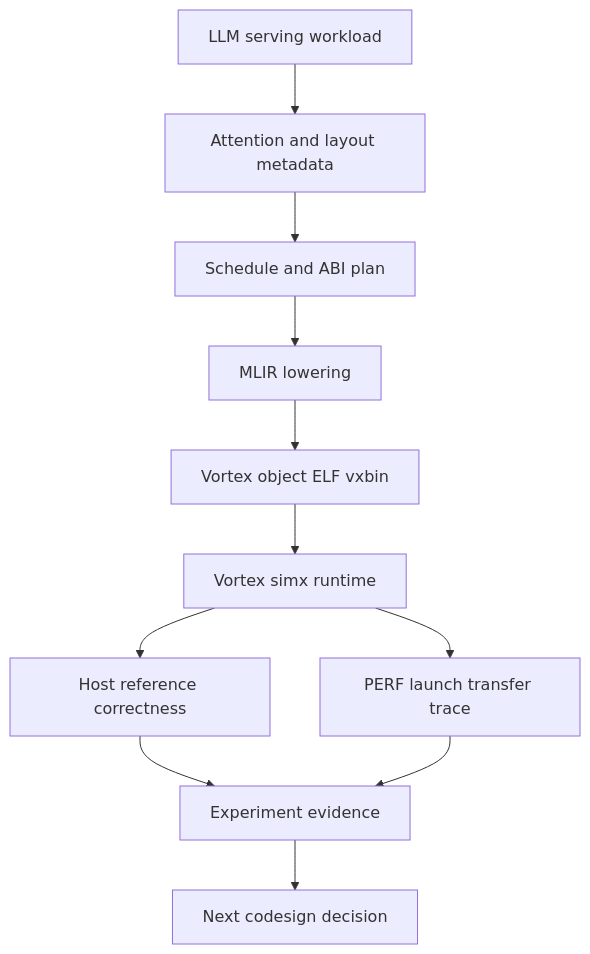
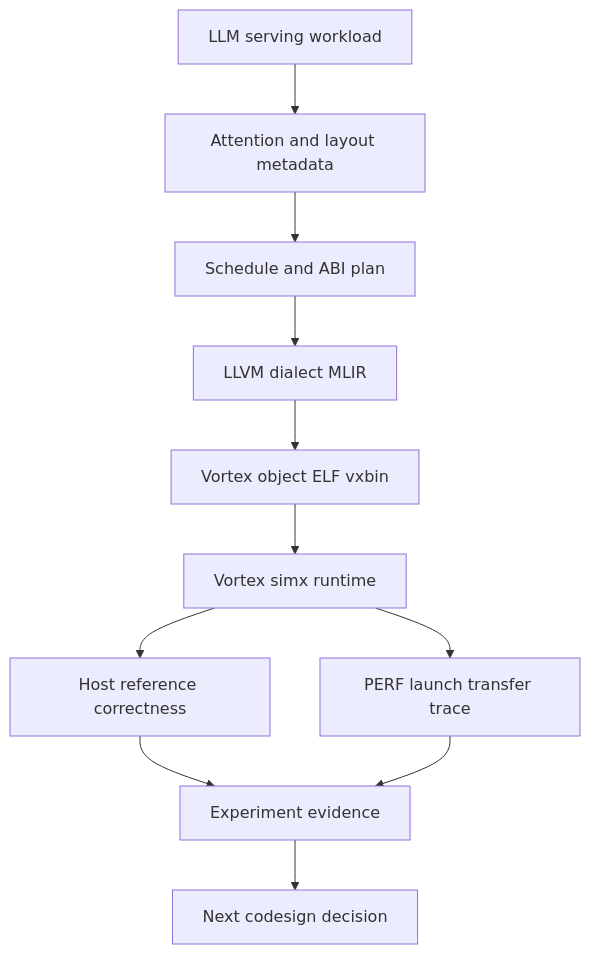
Before and after one commit to devillove084/Mandrel: the first of 2 diagrams in docs/roadmap.md, drawn with Mermaid. The commit also changed other lines of this file and 14 other files, not shown here.

````diff
--- a/docs/roadmap.md
+++ b/docs/roadmap.md
@@ -26,13 +27,13 @@
 ```mermaid
 flowchart TD
     A[LLM serving workload] --> B[Attention and layout metadata]
     B --> C[Schedule and ABI plan]
-    C --> D[MLIR lowering]
+    C --> D[LLVM dialect MLIR]
     D --> E[Vortex object ELF vxbin]
     E --> F[Vortex simx runtime]
     F --> G[Host reference correctness]
     F --> H[PERF launch transfer trace]
     G --> I[Experiment evidence]
     H --> I
     I --> J[Next codesign decision]
 ```
````
